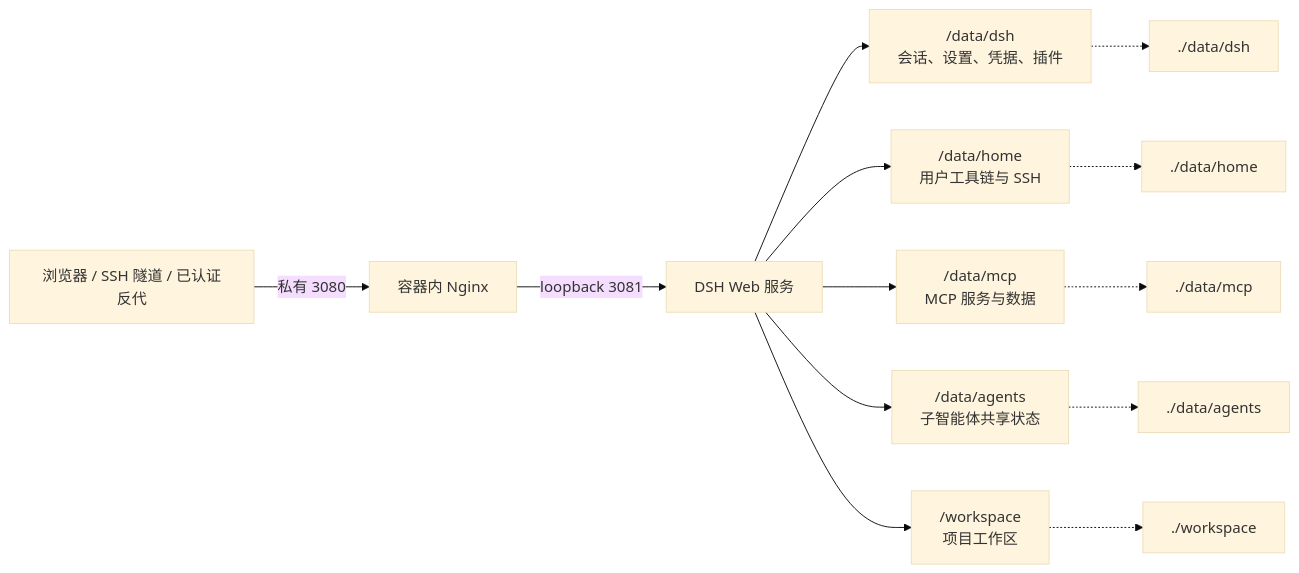
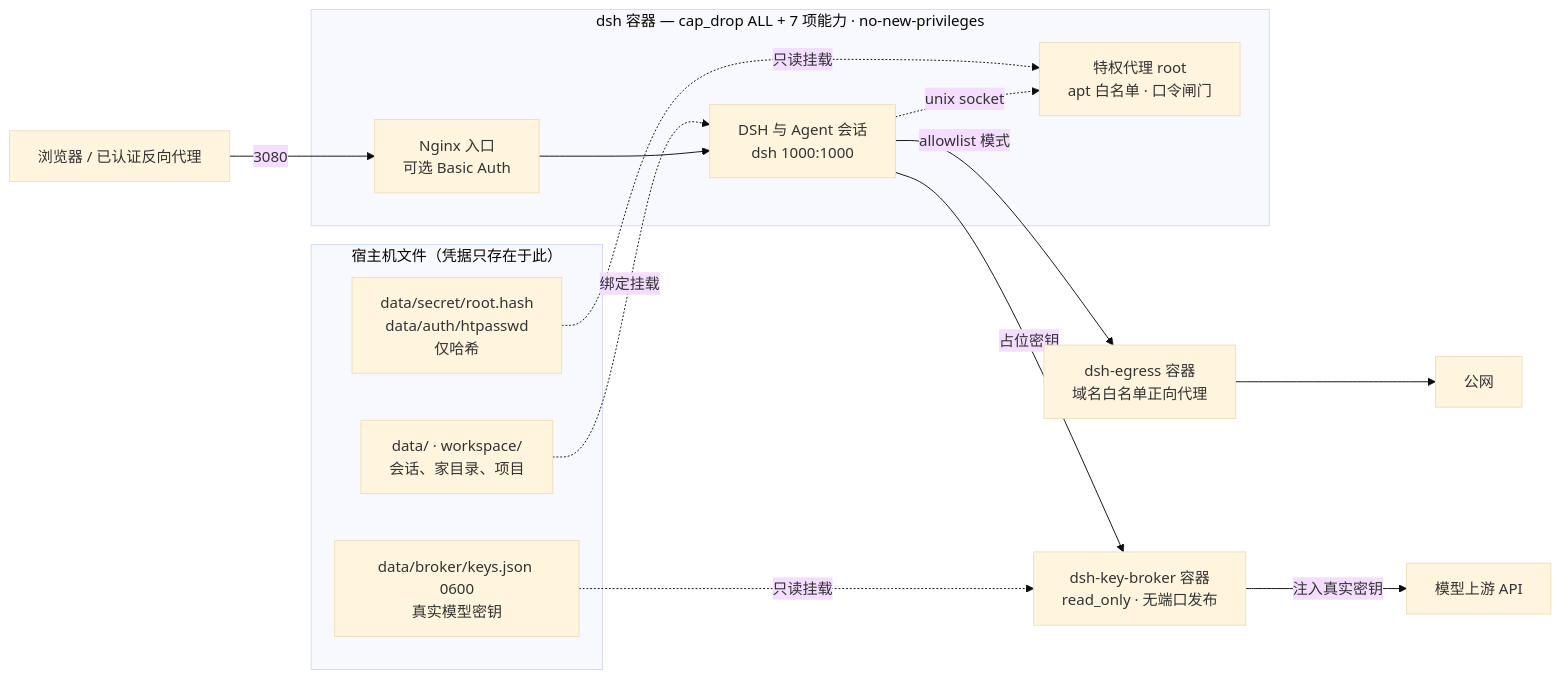
The diagram in README.md (univers629/dsh-docker), drawn with Mermaid (base theme) before and after one commit. The commit also changed other lines of this file and 3 other files, not shown here.

````diff
--- a/README.md
+++ b/README.md
@@ -139,15 +117,29 @@
 ```mermaid
 flowchart LR
-    Client["浏览器 / SSH 隧道 / 已认证反代"] -->|私有 3080| Proxy["容器内 Nginx"]
-    Proxy -->|loopback 3081| DSH["DSH Web 服务"]
-    DSH --> Sessions["/data/dsh<br/>会话、设置、凭据、插件"]
-    DSH --> Home["/data/home<br/>用户工具链与 SSH"]
-    DSH --> MCP["/data/mcp<br/>MCP 服务与数据"]
-    DSH --> Agents["/data/agents<br/>子智能体共享状态"]
-    DSH --> Workspace["/workspace<br/>项目工作区"]
-    Sessions -.-> H1["./data/dsh"]
-    Home -.-> H2["./data/home"]
-    MCP -.-> H3["./data/mcp"]
-    Agents -.-> H4["./data/agents"]
-    Workspace -.-> H5["./workspace"]
+    client["浏览器 / 已认证反向代理"]
+
+    subgraph hostfs["宿主机文件（凭据只存在于此）"]
+        keys["data/broker/keys.json 0600<br/>真实模型密钥"]
+        hashes["data/secret/root.hash<br/>data/auth/htpasswd<br/>仅哈希"]
+        mounts["data/ · workspace/<br/>会话、家目录、项目"]
+    end
+
+    subgraph dsh["dsh 容器 — cap_drop ALL + 7 项能力 · no-new-privileges"]
+        nginx["Nginx 入口<br/>可选 Basic Auth"]
+        agent["DSH 与 Agent 会话<br/>dsh 1000:1000"]
+        helper["特权代理 root<br/>apt 白名单 · 口令闸门"]
+    end
+
+    broker["dsh-key-broker 容器<br/>read_only · 无端口发布"]
+    egress["dsh-egress 容器<br/>域名白名单正向代理"]
+    upstream["模型上游 API"]
+    internet["公网"]
+
+    client -->|3080| nginx --> agent
+    agent -->|占位密钥| broker -->|注入真实密钥| upstream
+    agent -->|allowlist 模式| egress --> internet
+    agent -.->|unix socket| helper
+    keys -.->|只读挂载| broker
+    hashes -.->|只读挂载| helper
+    mounts -.->|绑定挂载| agent
 ```
````
